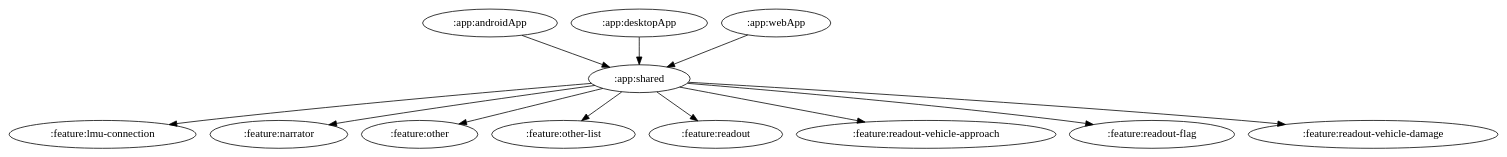
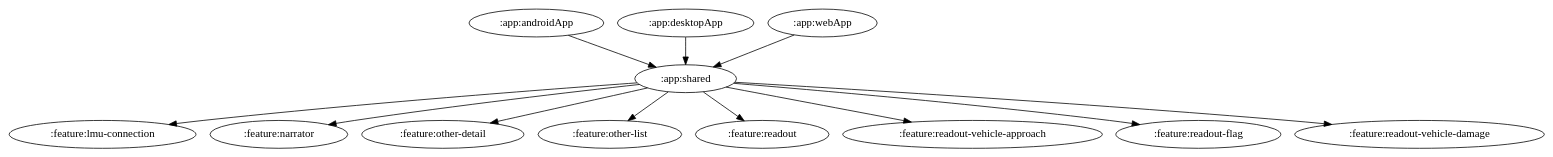
The diagram in docs/graphs/app-shared.gv (ai-kurou/KoDriver), drawn with Graphviz before and after one commit. The commit also changed 25 other files, not shown here.

Commit message:
:feature:otherを:feature:other-detailへ変更

```diff
--- a/docs/graphs/app-shared.gv
+++ b/docs/graphs/app-shared.gv
@@ -1,13 +1,13 @@
 digraph G {
   ":app:androidApp" -> ":app:shared"
   ":app:desktopApp" -> ":app:shared"
   ":app:shared" -> ":feature:lmu-connection"
   ":app:shared" -> ":feature:narrator"
-  ":app:shared" -> ":feature:other"
+  ":app:shared" -> ":feature:other-detail"
   ":app:shared" -> ":feature:other-list"
   ":app:shared" -> ":feature:readout"
   ":app:shared" -> ":feature:readout-vehicle-approach"
   ":app:shared" -> ":feature:readout-flag"
   ":app:shared" -> ":feature:readout-vehicle-damage"
   ":app:webApp" -> ":app:shared"
 }
```
